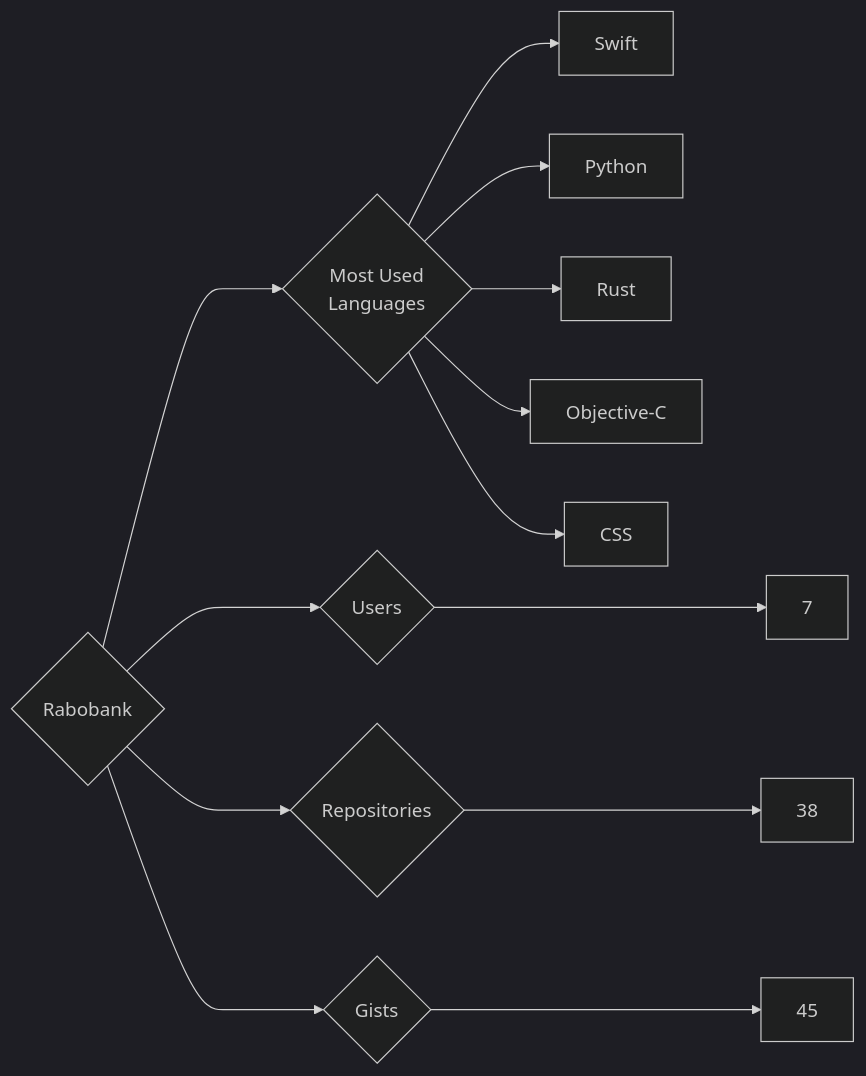
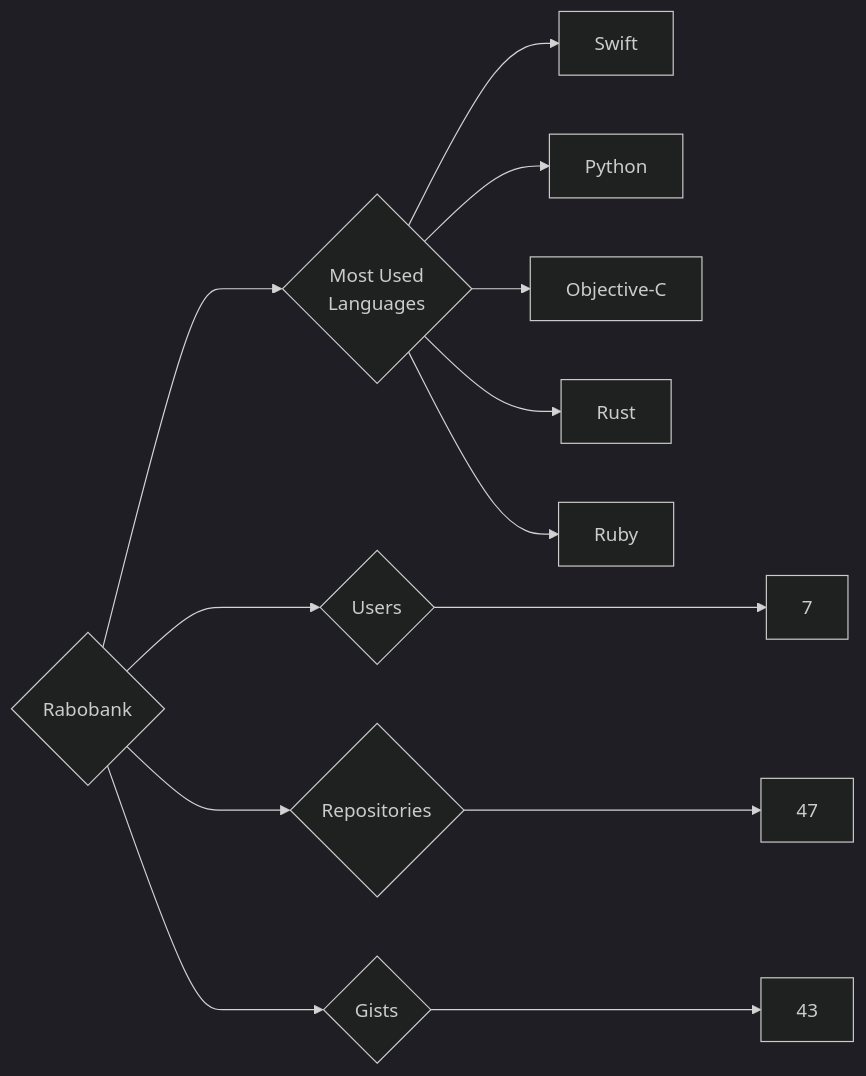
One commit to trickest/insiders changed the diagram in targets/Rabobank/README.md. Above: the diagram before and after it, drawn with Mermaid (dark theme). The commit also changed 1484 other files, not shown here.

````diff
--- a/targets/Rabobank/README.md
+++ b/targets/Rabobank/README.md
@@ -3,13 +3,13 @@
 ```mermaid
 graph LR
 COMPANY_NAME{Rabobank}
 COMPANY_NAME ---> U{Users} ---> UN[7]
-COMPANY_NAME ---> R{Repositories} ---> RN[38]
-COMPANY_NAME ---> G{Gists} ---> GN[45]
+COMPANY_NAME ---> R{Repositories} ---> RN[47]
+COMPANY_NAME ---> G{Gists} ---> GN[43]
 COMPANY_NAME ---> ML{Most Used<br>Languages}
 ML --> Swift[Swift]
 ML --> Python[Python]
+ML --> Objective-C[Objective-C]
 ML --> Rust[Rust]
-ML --> Objective-C[Objective-C]
-ML --> CSS[CSS]
+ML --> Ruby[Ruby]
 ```
````
